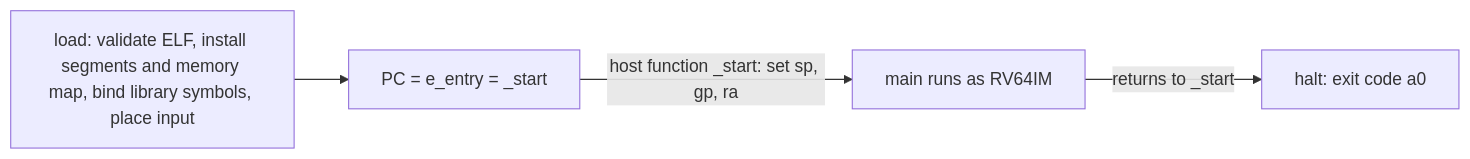
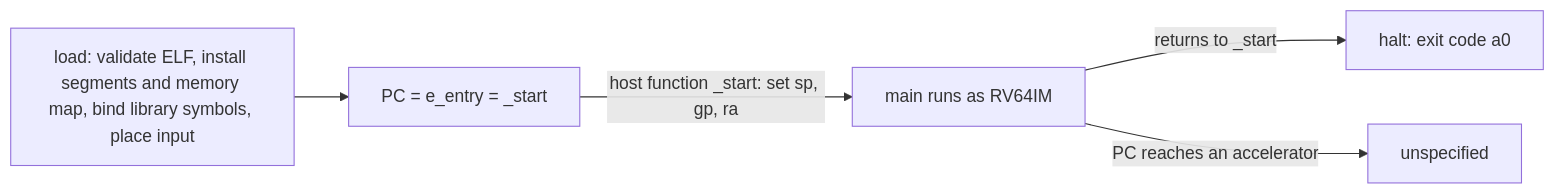
Before and after one commit to eth-act/zkevm-standards: the diagram in reference/README.md, drawn with Mermaid. The commit also changed other lines of this file and 10 other files, not shown here.

````diff
--- a/reference/README.md
+++ b/reference/README.md
@@ -53,6 +53,7 @@
 ```mermaid
 flowchart LR
   L[load: validate ELF, install segments and memory map, bind library symbols, place input] --> S[PC = e_entry = _start]
   S -->|host function _start: set sp, gp, ra| M[main runs as RV64IM]
   M -->|returns to _start| E[halt: exit code a0]
+  M -->|PC reaches an accelerator| U[unspecified]
 ```
````
